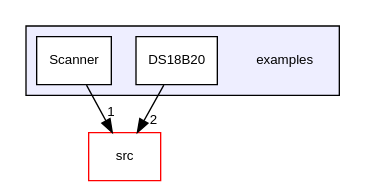
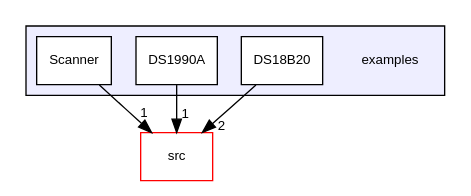
Before and after one commit to mikaelpatel/mikaelpatel.github.io: the diagram in Arduino-OWI/dir_d28a4824dc47e487b107a5db32ef43c4_dep.dot, drawn with Graphviz. The commit also changed 98 other files, not shown here.

```diff
--- a/Arduino-OWI/dir_d28a4824dc47e487b107a5db32ef43c4_dep.dot
+++ b/Arduino-OWI/dir_d28a4824dc47e487b107a5db32ef43c4_dep.dot
@@ -1,14 +1,16 @@
 digraph "examples" {
   compound=true
   node [ fontsize="10", fontname="Helvetica"];
   edge [ labelfontsize="10", labelfontname="Helvetica"];
   subgraph clusterdir_d28a4824dc47e487b107a5db32ef43c4 {
     graph [ bgcolor="#eeeeff", pencolor="black", label="" URL="dir_d28a4824dc47e487b107a5db32ef43c4.html"];
     dir_d28a4824dc47e487b107a5db32ef43c4 [shape=plaintext label="examples"];
     dir_edc7f58e8c82682a6129433ec455bcd5 [shape=box label="DS18B20" color="black" fillcolor="white" style="filled" URL="dir_edc7f58e8c82682a6129433ec455bcd5.html"];
+    dir_8c1bb936615844b522f4b0b799130dfa [shape=box label="DS1990A" color="black" fillcolor="white" style="filled" URL="dir_8c1bb936615844b522f4b0b799130dfa.html"];
     dir_3c255463df23486bbba0dcefb1196b0f [shape=box label="Scanner" color="black" fillcolor="white" style="filled" URL="dir_3c255463df23486bbba0dcefb1196b0f.html"];
   }
   dir_68267d1309a1af8e8297ef4c3efbcdba [shape=box label="src" fillcolor="white" style="filled" color="red" URL="dir_68267d1309a1af8e8297ef4c3efbcdba.html"];
-  dir_edc7f58e8c82682a6129433ec455bcd5->dir_68267d1309a1af8e8297ef4c3efbcdba [headlabel="2", labeldistance=1.5 headhref="dir_000001_000003.html"];
-  dir_3c255463df23486bbba0dcefb1196b0f->dir_68267d1309a1af8e8297ef4c3efbcdba [headlabel="1", labeldistance=1.5 headhref="dir_000002_000003.html"];
+  dir_8c1bb936615844b522f4b0b799130dfa->dir_68267d1309a1af8e8297ef4c3efbcdba [headlabel="1", labeldistance=1.5 headhref="dir_000002_000004.html"];
+  dir_edc7f58e8c82682a6129433ec455bcd5->dir_68267d1309a1af8e8297ef4c3efbcdba [headlabel="2", labeldistance=1.5 headhref="dir_000001_000004.html"];
+  dir_3c255463df23486bbba0dcefb1196b0f->dir_68267d1309a1af8e8297ef4c3efbcdba [headlabel="1", labeldistance=1.5 headhref="dir_000003_000004.html"];
 }
```
